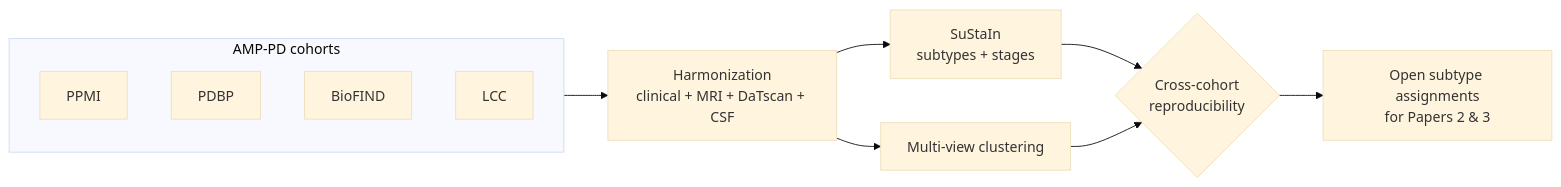
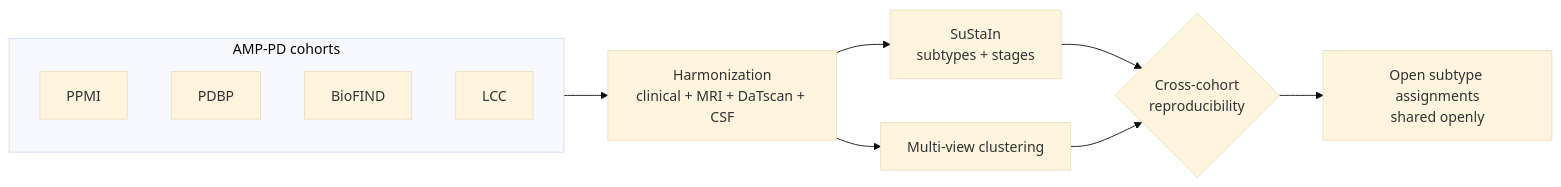
The diagram in docs/figures/concept_figure.md (hwilner/pd-multimodal-subtype-discovery), drawn with Mermaid (base theme) before and after one commit. The commit also changed other lines of this file and 4 other files, not shown here.

````diff
--- a/docs/figures/concept_figure.md
+++ b/docs/figures/concept_figure.md
@@ -5,11 +5,11 @@
 ```mermaid
 flowchart LR
     subgraph C["AMP-PD cohorts"]
         A1["PPMI"] & A2["PDBP"] & A3["BioFIND"] & A4["LCC"]
     end
     C --> H["Harmonization<br/>clinical + MRI + DaTscan + CSF"]
     H --> SU["SuStaIn<br/>subtypes + stages"]
     H --> MV["Multi-view clustering"]
     SU & MV --> X{"Cross-cohort<br/>reproducibility"}
-    X --> O["Open subtype assignments<br/>for Papers 2 & 3"]
+    X --> O["Open subtype assignments<br/>shared openly"]
 ```
````
